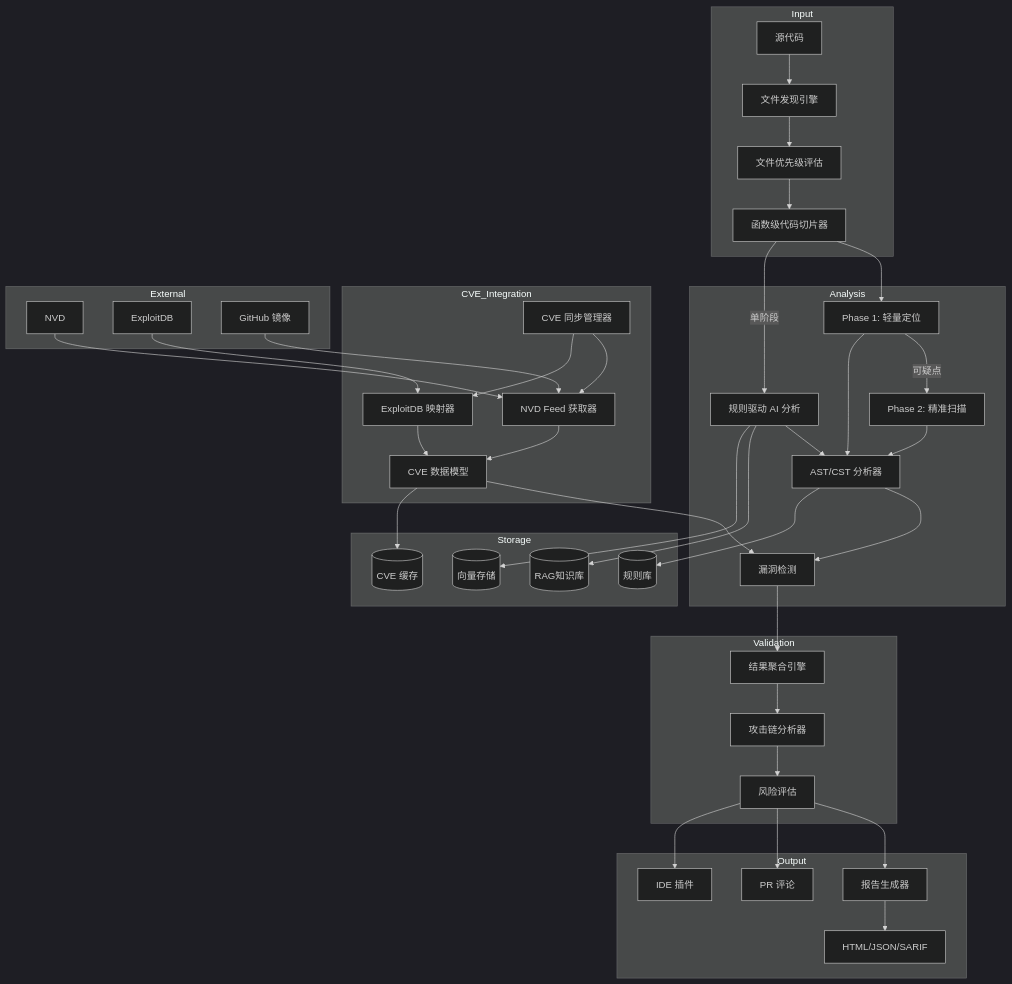
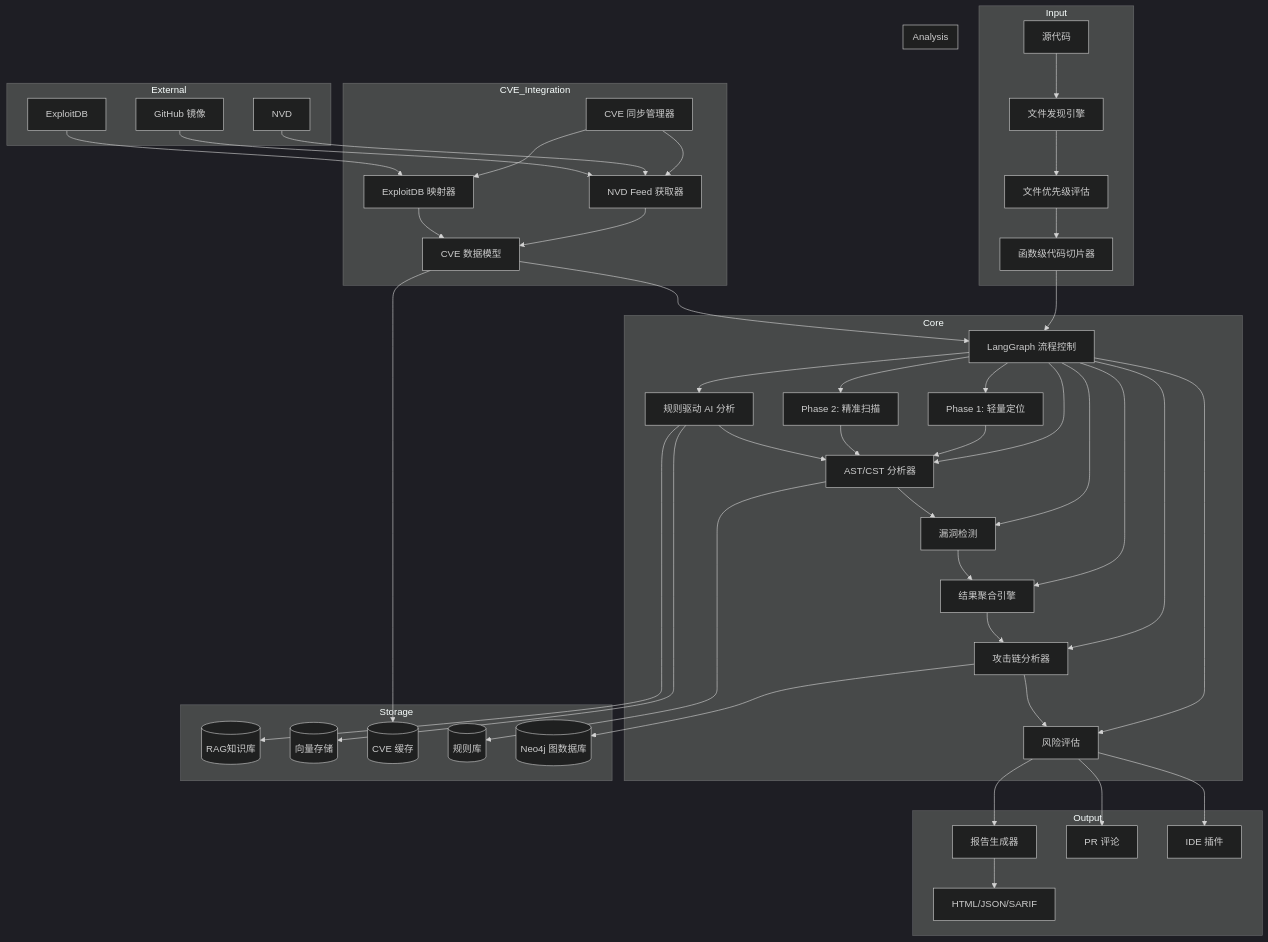
Before and after one commit to lxcxjxhx/HOS-LS: the first of 2 diagrams in README.md, drawn with Mermaid (dark theme). The commit also changed other lines of this file and 21 other files, not shown here.

````diff
--- a/README.md
+++ b/README.md
@@ -562,56 +594,64 @@
 ```mermaid
 graph TB
     subgraph Input
         A[源代码] --> B[文件发现引擎]
         B --> C[文件优先级评估]
         C --> D[函数级代码切片器]
     end
 
+    subgraph Core
+        E[LangGraph 流程控制] --> F[Phase 1: 轻量定位]
+        E --> G[Phase 2: 精准扫描]
+        E --> H[规则驱动 AI 分析]
+        E --> I[AST/CST 分析器]
+        E --> J[漏洞检测]
+        E --> K[结果聚合引擎]
+        E --> L[攻击链分析器]
+        E --> M[风险评估]
+    end
+
     subgraph Analysis
-        D --> E[Phase 1: 轻量定位]
-        E -->|可疑点| F[Phase 2: 精准扫描]
-        D -->|单阶段| G[规则驱动 AI 分析]
-        E --> H[AST/CST 分析器]
-        F --> H
-        G --> H
-        H --> I[漏洞检测]
+        D --> E
+        F --> I
+        G --> I
+        H --> I
+        I --> J
+        J --> K
+        K --> L
+        L --> M
     end
 
     subgraph CVE_Integration
-        J[NVD Feed 获取器] --> K[CVE 数据模型]
-        L[ExploitDB 映射器] --> K
-        M[CVE 同步管理器] --> J
-        M --> L
-        K --> I
-    end
-
-    subgraph Validation
-        I --> N[结果聚合引擎]
-        N --> O[攻击链分析器]
-        O --> P[风险评估]
+        N[NVD Feed 获取器] --> O[CVE 数据模型]
+        P[ExploitDB 映射器] --> O
+        Q[CVE 同步管理器] --> N
+        Q --> P
+        O --> E
     end
 
     subgraph Output
-        P --> Q[报告生成器]
-        Q --> R[HTML/JSON/SARIF]
-        P --> S[PR 评论]
-        P --> T[IDE 插件]
+        M --> R[报告生成器]
+        R --> S[HTML/JSON/SARIF]
+        M --> T[PR 评论]
+        M --> U[IDE 插件]
     end
 
     subgraph Storage
-        U[(RAG知识库)]
-        V[(向量存储)]
-        W[(CVE 缓存)]
-        X[(规则库)]
-        G --> U
-        G --> V
-        K --> W
-        H --> X
+        V[(RAG知识库)]
+        W[(向量存储)]
+        X[(CVE 缓存)]
+        Y[(规则库)]
+        Z[(Neo4j 图数据库)]
+        H --> V
+        H --> W
+        O --> X
+        I --> Y
+        L --> Z
     end
 
     subgraph External
-        Y[NVD] --> J
-        Z[ExploitDB] --> L
-        AA[GitHub 镜像] --> J
+        AA[NVD] --> N
+        BB[ExploitDB] --> P
+        CC[GitHub 镜像] --> N
     end
 ```
````
